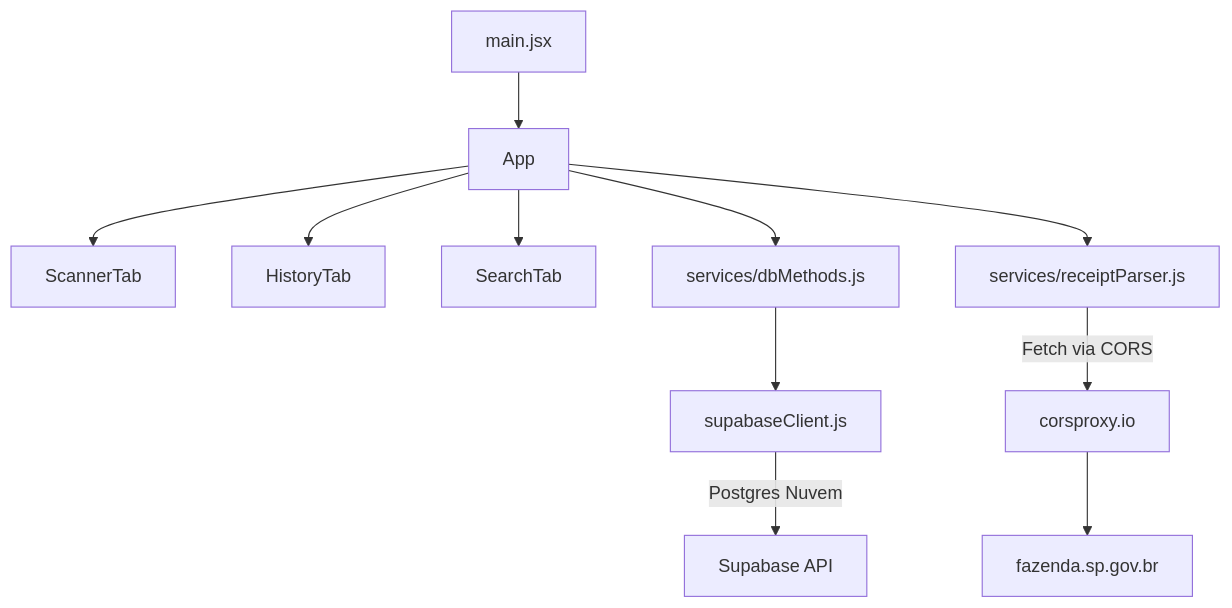
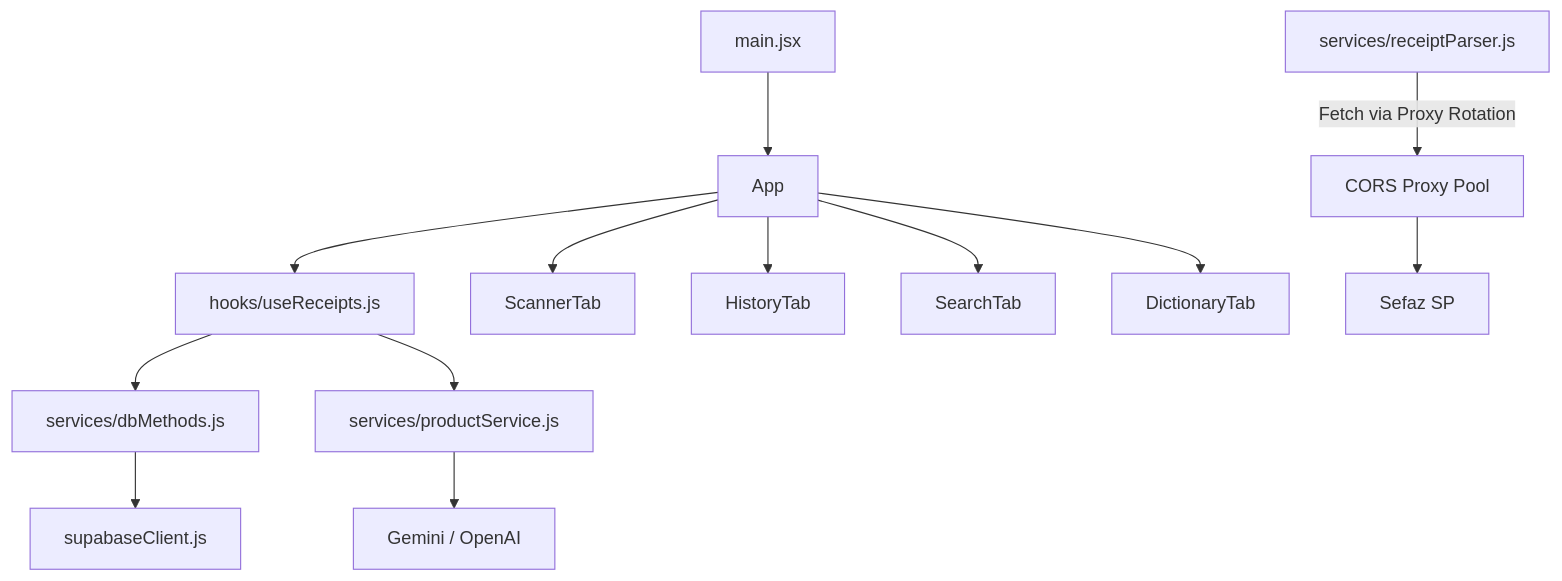
The second of 2 diagrams in ARCHITECTURE.md (Bosguega/my_mercado), drawn with Mermaid before and after one commit. The commit also changed other lines of this file and 12 other files, not shown here.

````diff
--- a/ARCHITECTURE.md
+++ b/ARCHITECTURE.md
@@ -166,15 +178,18 @@
 ```mermaid
 graph TD
     main["main.jsx"] --> App
+    App --> useReceipts["hooks/useReceipts.js"]
+    useReceipts --> dbMethods["services/dbMethods.js"]
+    useReceipts --> productService["services/productService.js"]
+    
     App --> ScannerTab
     App --> HistoryTab
     App --> SearchTab
-    App --> dbMethods["services/dbMethods.js"]
-    App --> receiptParser["services/receiptParser.js"]
+    App --> DictionaryTab
     
     dbMethods --> supabase["supabaseClient.js"]
-    supabase -- "Postgres Nuvem" --> SupabasePlatform["Supabase API"]
+    productService --> AI["Gemini / OpenAI"]
 
-    receiptParser -- "Fetch via CORS" --> corsproxy["corsproxy.io"]
-    corsproxy --> Sefaz["fazenda.sp.gov.br"]
+    receiptParser["services/receiptParser.js"] -- "Fetch via Proxy Rotation" --> proxies["CORS Proxy Pool"]
+    proxies --> Sefaz["Sefaz SP"]
 ```
````
